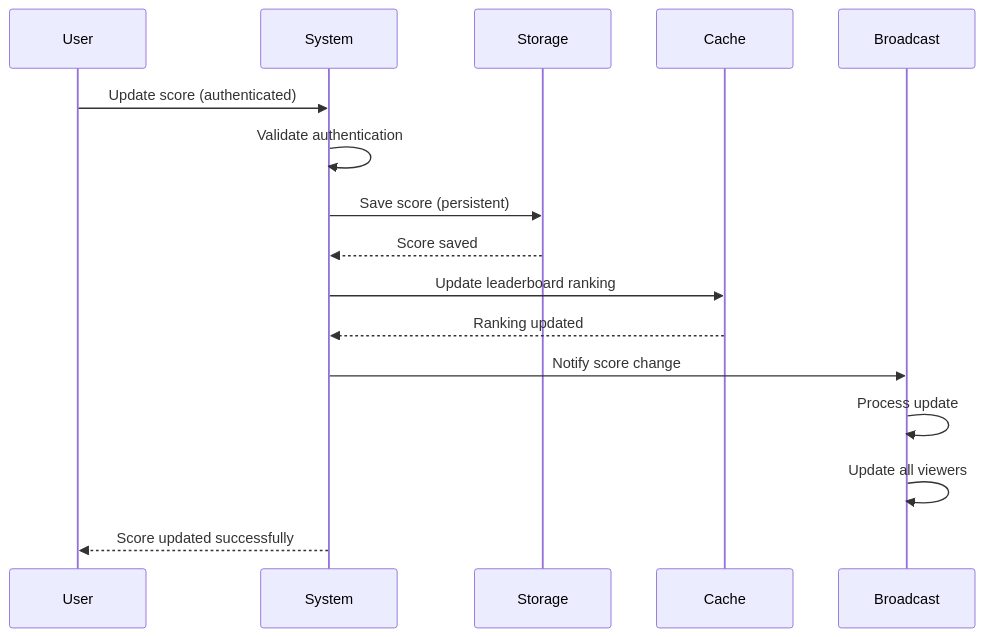
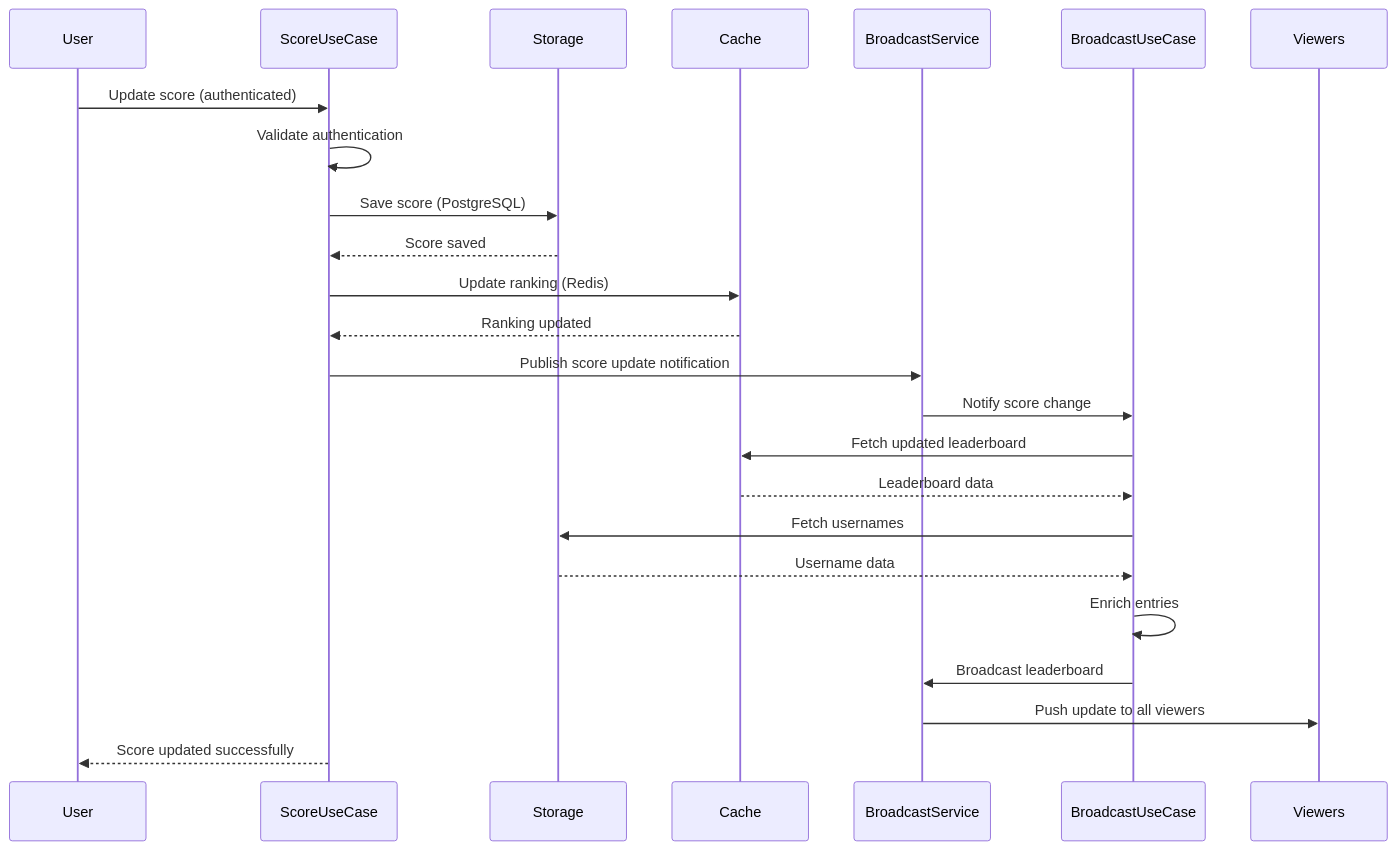
One commit to nhatnam1507/real-time-leaderboard changed the third of 8 diagrams in docs/application.md. Above: the diagram before and after it, drawn with Mermaid. The commit also changed other lines of this file and 13 other files, not shown here.

Commit message:
Fix issues publish multiple event when sync data from postgres to redis

````diff
--- a/docs/application.md
+++ b/docs/application.md
@@ -108,19 +108,27 @@
 ```mermaid
 sequenceDiagram
     participant User
-    participant System
+    participant ScoreUseCase
     participant Storage
     participant Cache
-    participant Broadcast
+    participant BroadcastService
+    participant BroadcastUseCase
+    participant Viewers
     
-    User->>System: Update score (authenticated)
-    System->>System: Validate authentication
-    System->>Storage: Save score (persistent)
-    Storage-->>System: Score saved
-    System->>Cache: Update leaderboard ranking
-    Cache-->>System: Ranking updated
-    System->>Broadcast: Notify score change
-    Broadcast->>Broadcast: Process update
-    Broadcast->>Broadcast: Update all viewers
-    System-->>User: Score updated successfully
+    User->>ScoreUseCase: Update score (authenticated)
+    ScoreUseCase->>ScoreUseCase: Validate authentication
+    ScoreUseCase->>Storage: Save score (PostgreSQL)
+    Storage-->>ScoreUseCase: Score saved
+    ScoreUseCase->>Cache: Update ranking (Redis)
+    Cache-->>ScoreUseCase: Ranking updated
+    ScoreUseCase->>BroadcastService: Publish score update notification
+    BroadcastService->>BroadcastUseCase: Notify score change
+    BroadcastUseCase->>Cache: Fetch updated leaderboard
+    Cache-->>BroadcastUseCase: Leaderboard data
+    BroadcastUseCase->>Storage: Fetch usernames
+    Storage-->>BroadcastUseCase: Username data
+    BroadcastUseCase->>BroadcastUseCase: Enrich entries
+    BroadcastUseCase->>BroadcastService: Broadcast leaderboard
+    BroadcastService->>Viewers: Push update to all viewers
+    ScoreUseCase-->>User: Score updated successfully
 ```
````
